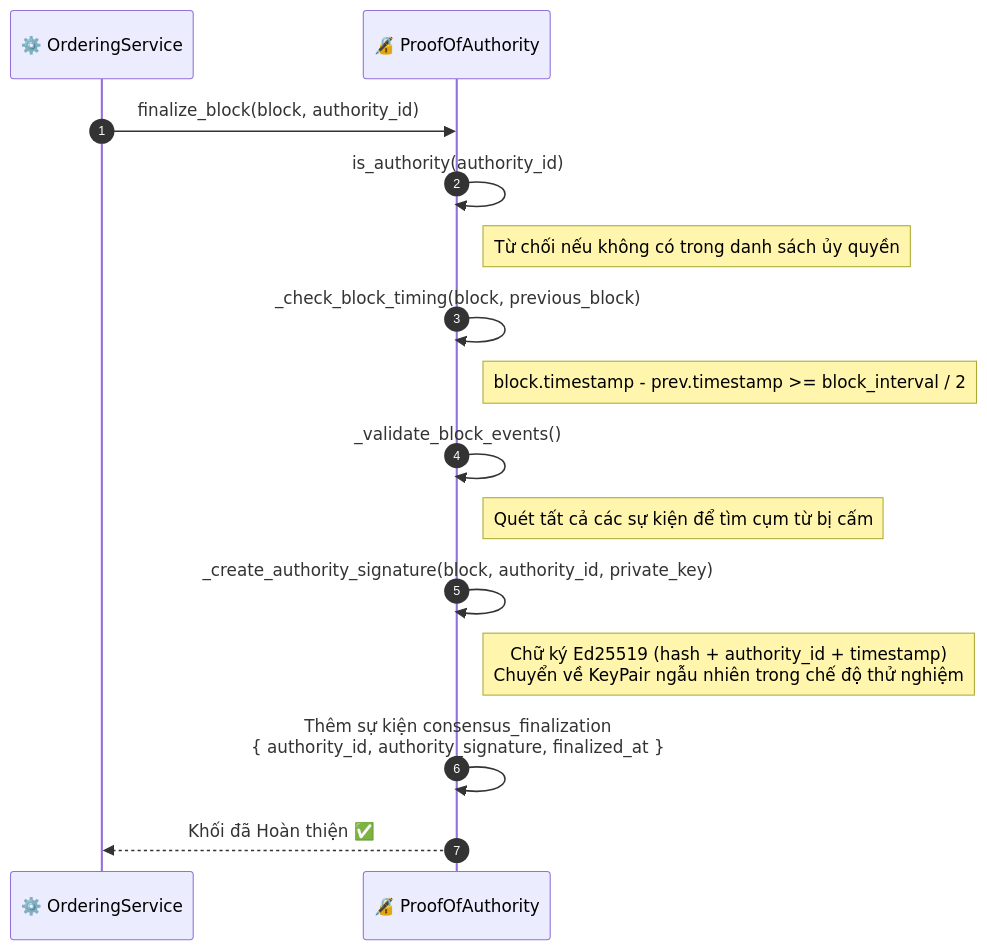
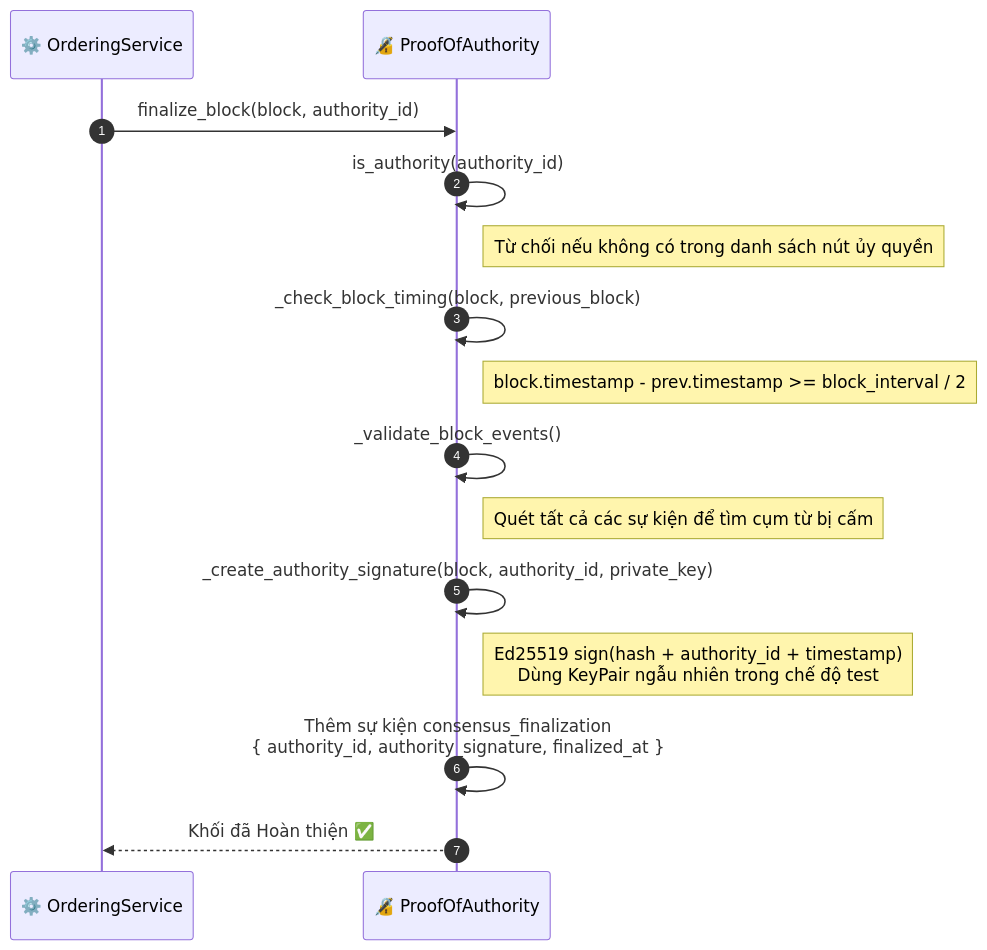
The first of 2 diagrams in docs/vi/workflows/consensus_mechanisms.md (VanDung-dev/HieraChain), drawn with Mermaid before and after one commit. The commit also changed other lines of this file and 20 other files, not shown here.

First line of the commit message:
docs: sync schema changes, update file paths, and improve consistency

````diff
--- a/docs/vi/workflows/consensus_mechanisms.md
+++ b/docs/vi/workflows/consensus_mechanisms.md
@@ -35,18 +36,18 @@
 ```mermaid
 sequenceDiagram
     autonumber
     participant OS as ⚙️ OrderingService
     participant POA as 🔏 ProofOfAuthority
 
     OS->>POA: finalize_block(block, authority_id)
     POA->>POA: is_authority(authority_id)
-    Note right of POA: Từ chối nếu không có trong danh sách ủy quyền
+    Note right of POA: Từ chối nếu không có trong danh sách nút ủy quyền
     POA->>POA: _check_block_timing(block, previous_block)
     Note right of POA: block.timestamp - prev.timestamp >= block_interval / 2
     POA->>POA: _validate_block_events()
     Note right of POA: Quét tất cả các sự kiện để tìm cụm từ bị cấm
     POA->>POA: _create_authority_signature(block, authority_id, private_key)
-    Note right of POA: Chữ ký Ed25519 (hash + authority_id + timestamp)<br/>Chuyển về KeyPair ngẫu nhiên trong chế độ thử nghiệm
+    Note right of POA: Ed25519 sign(hash + authority_id + timestamp)<br/>Dùng KeyPair ngẫu nhiên trong chế độ test
     POA->>POA: Thêm sự kiện consensus_finalization<br/>{ authority_id, authority_signature, finalized_at }
     POA-->>OS: Khối đã Hoàn thiện ✅
 ```
````
